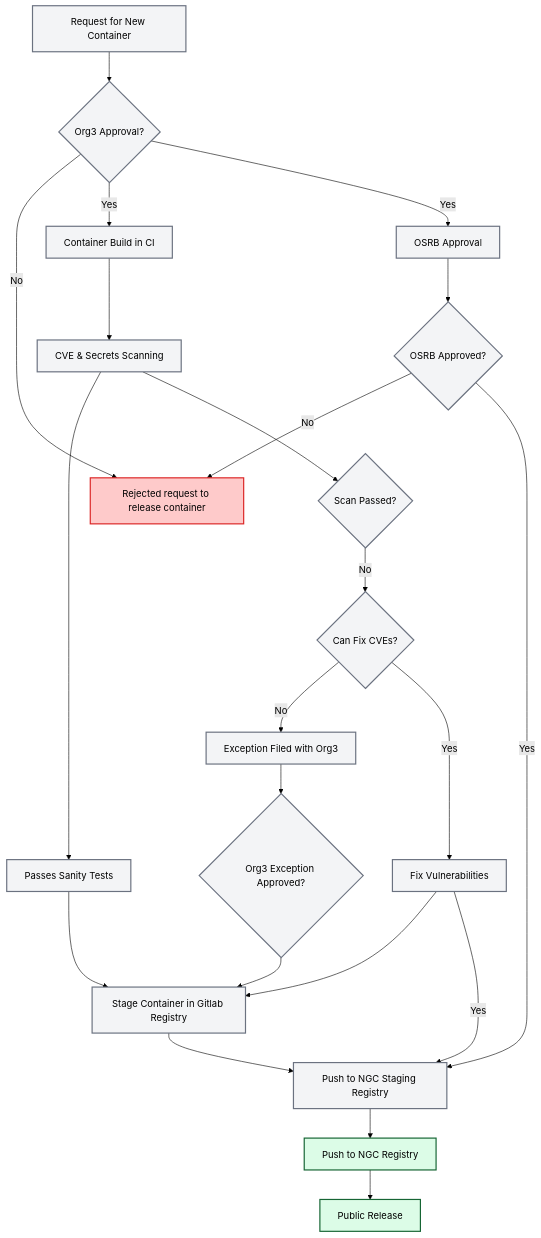
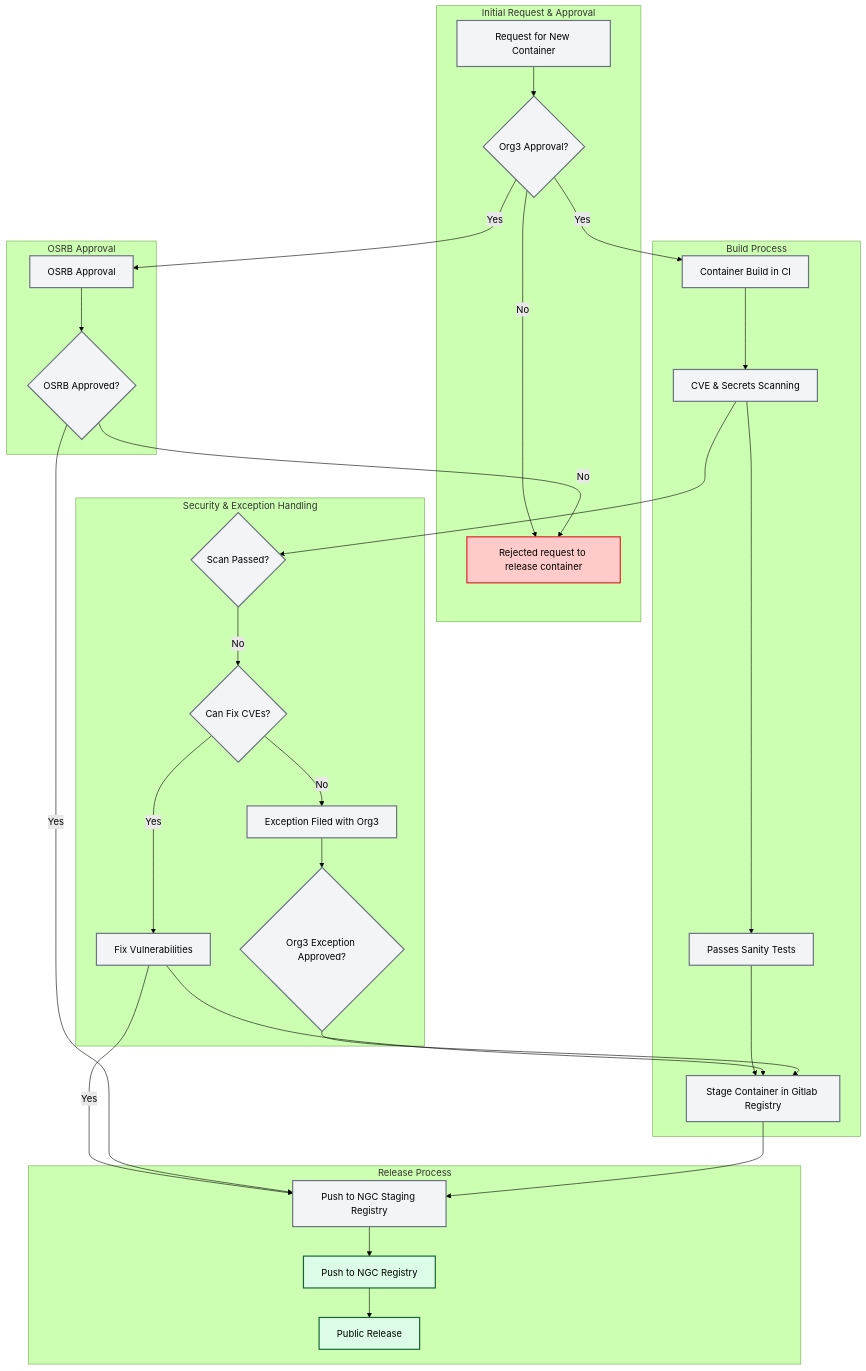
The second of 2 diagrams in deps/NNNN-container-strategy.md (ai-dynamo/enhancements), drawn with Mermaid (forest theme) before and after one commit. The commit also changed other lines of this file, not shown here.

Commit message:
Add subgraphs for mermaid diagram

````diff
--- a/deps/NNNN-container-strategy.md
+++ b/deps/NNNN-container-strategy.md
@@ -209,57 +201,62 @@
 ```mermaid
 flowchart TD
-    %% Column 1: Initial Request & Approval
-    A[Request for New Container]:::grey
-    B{Org3 Approval?}:::grey
-    C[Rejected request to release container]:::red
+    subgraph "Initial Request & Approval"
+        A[Request for New Container]:::grey
+        B{Org3 Approval?}:::grey
+        C[Rejected request to release container]:::red
+    end
     
-    %% Column 2: Build Process
-    D[Container Build in CI]:::grey
-    E[CVE & Secrets Scanning]:::grey
-    F[Passes Sanity Tests]:::grey
-    G[Stage Container in Gitlab Registry]:::grey
+    subgraph "Build Process"
+        D[Container Build in CI]:::grey
+        E[CVE & Secrets Scanning]:::grey
+        F[Passes Sanity Tests]:::grey
+        G[Stage Container in Gitlab Registry]:::grey
+    end
     
-    %% Column 3: Security & Exception Handling
-    H{Scan Passed?}:::grey
-    I{Can Fix CVEs?}:::grey
-    J[Fix Vulnerabilities]:::grey
-    K[Exception Filed with Org3]:::grey
-    L{Org3 Exception Approved?}:::grey
+    subgraph "Security & Exception Handling"
+        H{Scan Passed?}:::grey
+        I{Can Fix CVEs?}:::grey
+        J[Fix Vulnerabilities]:::grey
+        K[Exception Filed with Org3]:::grey
+        L{Org3 Exception Approved?}:::grey
+    end
     
-    %% Column 4: OSRB Approval
-    N[OSRB Approval]:::grey
-    O{OSRB Approved?}:::grey
+    subgraph "OSRB Approval"
+        N[OSRB Approval]:::grey
+        O{OSRB Approved?}:::grey
+    end
     
-    %% Column 5: Release Process
-    Q[Push to NGC Staging Registry]:::grey
-    R[Push to NGC Registry]:::green
-    S[Public Release]:::green
+    subgraph "Release Process"
+        Q[Push to NGC Staging Registry]:::grey
+        R[Push to NGC Registry]:::green
+        S[Public Release]:::green
+    end
 
     %% Main flow - keeping all connections exactly the same
     A --> B
     B -->|No| C
     B -->|Yes| D
     B -->|Yes| N
     D --> E
     E --> F
     F --> G
     E --> H
     H -->|No| I
     I -->|No| K
     I -->|Yes| J
     J --> G
     J -->|Yes| Q
     N --> O
     O -->|No| C
     O -->|Yes| Q
     K --> L
     L --> G
     G --> Q
     Q --> R
     R --> S
 
     %% Styling
     classDef grey fill:#f3f4f6,stroke:#6b7280,stroke-width:2px;
     classDef green fill:#dcfce7,stroke:#166534,stroke-width:2px;
     classDef red fill:#fecaca,stroke:#dc2626,stroke-width:2px;
 ```
````
